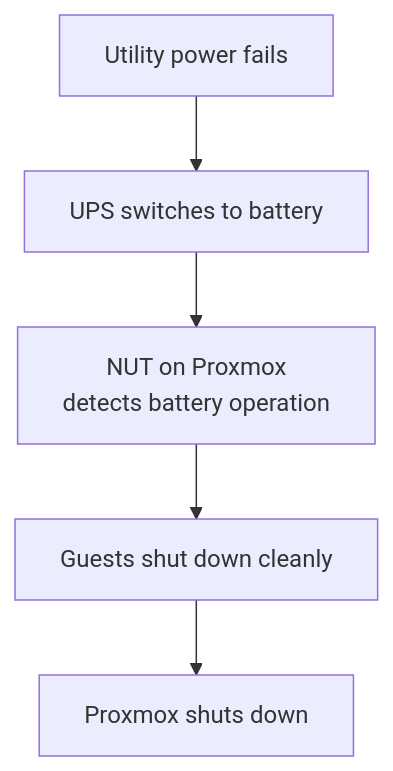
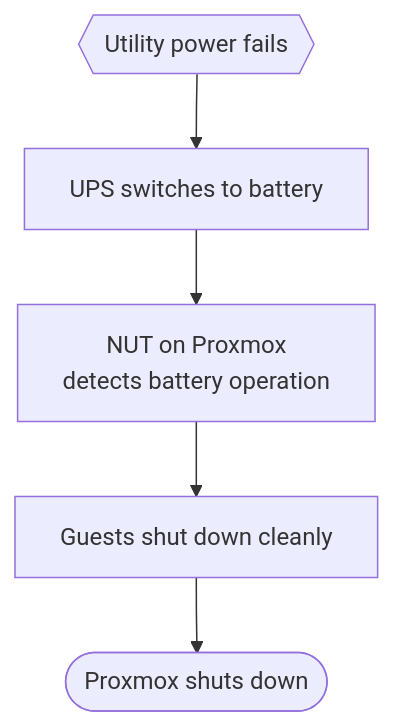
Before and after one commit to jnanic/jnanic.github.io: the second of 4 diagrams in site/content/blog/building-my-homelab-part2.md, drawn with Mermaid. The commit also changed other lines of this file and 3 other files, not shown here.

Commit message:
updated mermaind diagrams on rest of the blogs.

````diff
--- a/site/content/blog/building-my-homelab-part2.md
+++ b/site/content/blog/building-my-homelab-part2.md
@@ -102,16 +108,20 @@
 ```mermaid size=compact caption="Tested UPS shutdown sequence"
 flowchart TD
     accTitle: Tested UPS shutdown sequence
     accDescr: When utility power fails, the UPS switches to battery, Network UPS Tools detects battery operation, guests shut down cleanly, and Proxmox shuts down last.
 
-    POWER["Utility power fails"]
+    POWER{{"Utility power fails"}}
     UPS["UPS switches to battery"]
     NUT["NUT on Proxmox<br/>detects battery operation"]
     GUESTS["Guests shut down cleanly"]
-    PVE["Proxmox shuts down"]
+    PVE(["Proxmox shuts down"])
 
     POWER --> UPS
     UPS --> NUT
     NUT --> GUESTS
     GUESTS --> PVE
+
+    class POWER failure;
+    class UPS,NUT,GUESTS process;
+    class PVE approved;
 ```
````
